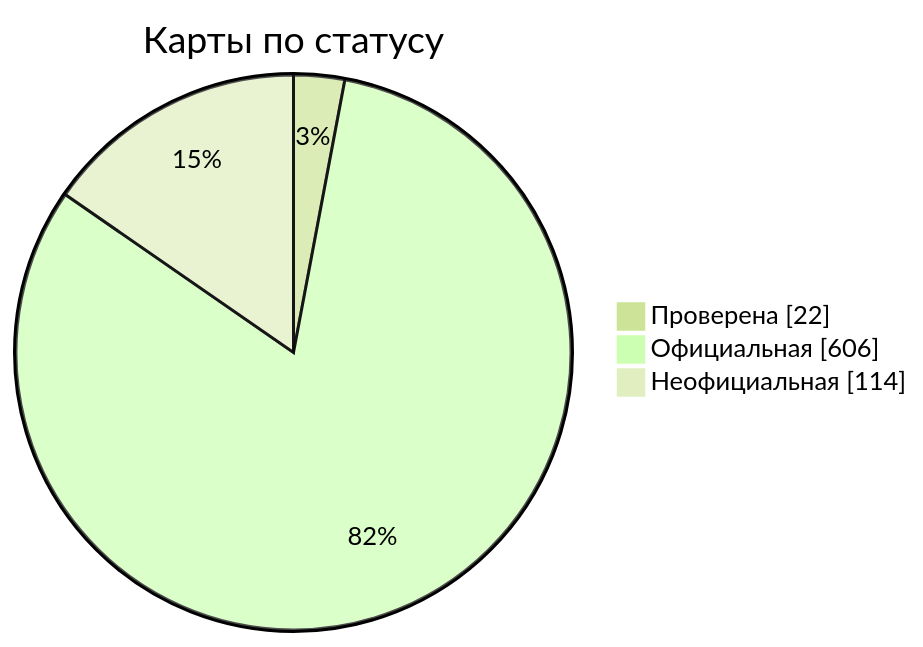
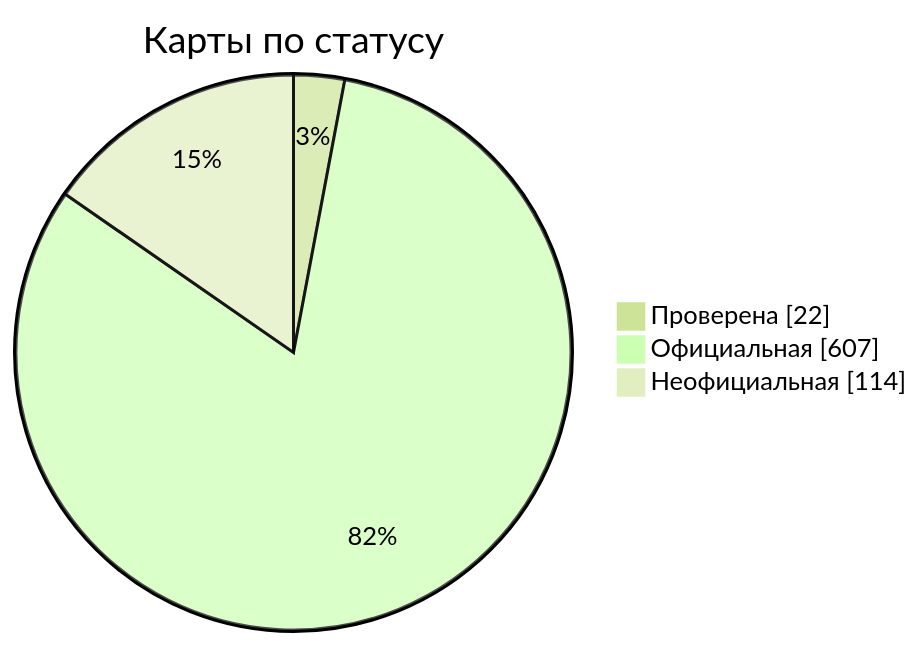
Before and after one commit to nobrega8/mbmap-library: the diagram in docs/readme/README_RU.md, drawn with Mermaid (forest theme). The commit also changed 6 other files, not shown here.

Commit message:
Add the Sistemas Industriales MI-430 and EM-530 flow meter map (closes #504) (#545)

````diff
--- a/docs/readme/README_RU.md
+++ b/docs/readme/README_RU.md
@@ -54,7 +54,7 @@
 ```mermaid
 pie showData
     title Карты по статусу
     "Проверена" : 22
-    "Официальная" : 606
+    "Официальная" : 607
     "Неофициальная" : 114
 ```
````
